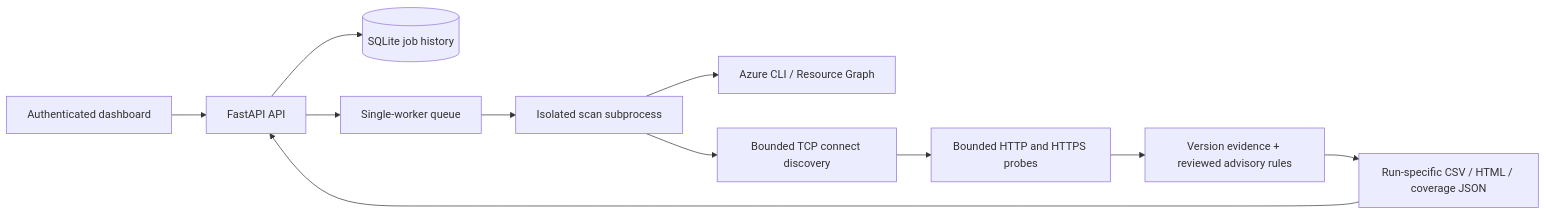
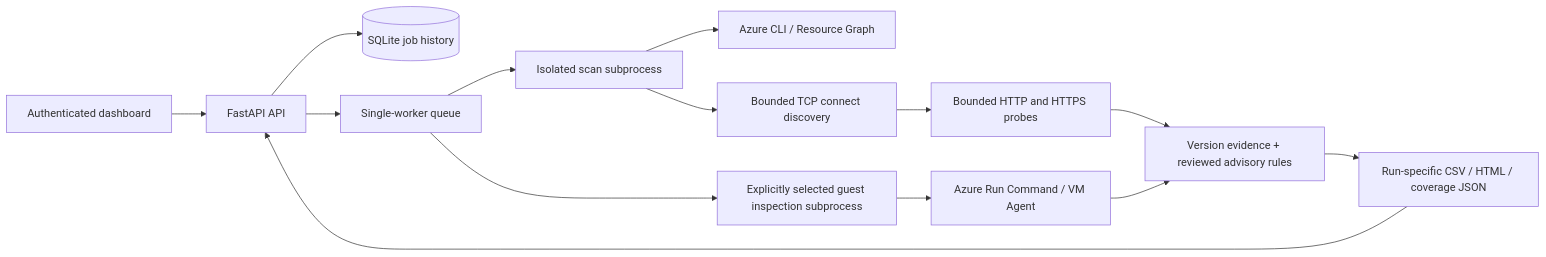
The diagram in docs/ARCHITECTURE.md (saeid-adz/azure-php-scout), drawn with Mermaid before and after one commit. The commit also changed other lines of this file and 27 other files, not shown here.

Commit message:
Add opt-in PHP guest inspection for Windows and Linux VMs

````diff
--- a/docs/ARCHITECTURE.md
+++ b/docs/ARCHITECTURE.md
@@ -3,13 +3,16 @@
 ```mermaid
 flowchart LR
     Browser[Authenticated dashboard] --> API[FastAPI API]
     API --> DB[(SQLite job history)]
     API --> Queue[Single-worker queue]
     Queue --> Worker[Isolated scan subprocess]
     Worker --> Inventory[Azure CLI / Resource Graph]
+    Queue --> Guest[Explicitly selected guest inspection subprocess]
+    Guest --> Agent[Azure Run Command / VM Agent]
+    Agent --> Rules
     Worker --> TCP[Bounded TCP connect discovery]
     TCP --> HTTP[Bounded HTTP and HTTPS probes]
     HTTP --> Rules[Version evidence + reviewed advisory rules]
     Rules --> Files[Run-specific CSV / HTML / coverage JSON]
     Files --> API
 ```
````
